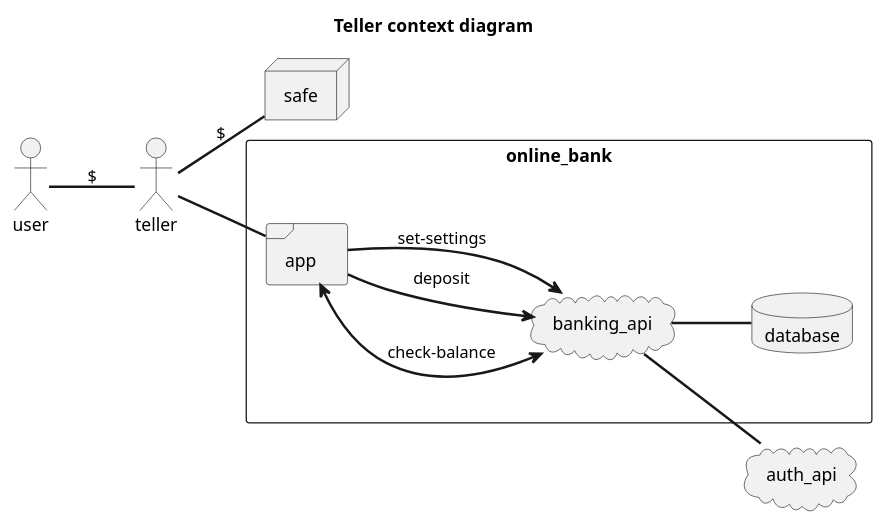
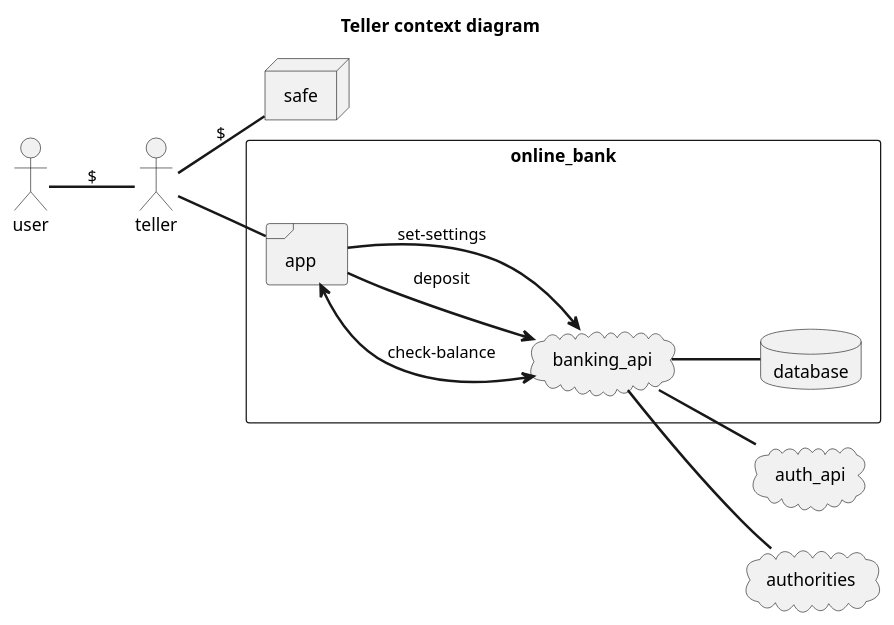
Before and after one commit to howaryoo/tbank: the diagram in design/context_teller.puml, drawn with PlantUML. The commit also changed 3 other files, not shown here.

Commit message:
add transfer seq diagram

```diff
--- a/design/context_teller.puml
+++ b/design/context_teller.puml
@@ -1,25 +1,27 @@
 @startuml
 left to right direction
 title Teller context diagram
 skinparam packageStyle rectangle
 actor user
 actor teller
 cloud auth_api
+cloud authorities
 node safe
 
 user == teller : $
 teller == safe : $
 
 rectangle online_bank {
 frame app
 cloud banking_api
 database database
 
   teller == app
   app <==> banking_api : check-balance
   app ==> banking_api : deposit
   app ==> banking_api : set-settings
   banking_api == database
   banking_api == auth_api
+  banking_api == authorities
 }
 @enduml
```
